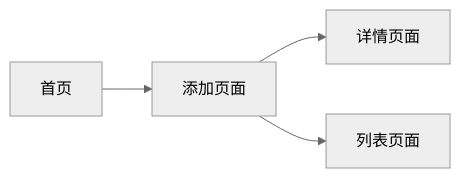
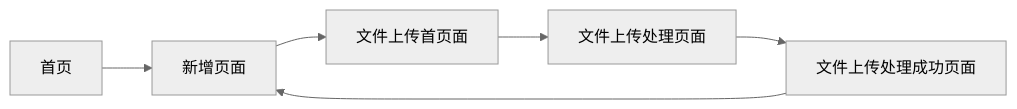
Before and after one commit to plseal/zhangzu: the diagram in doc/he/readme.md, drawn with Mermaid (neutral theme).

````diff
--- a/doc/he/readme.md
+++ b/doc/he/readme.md
@@ -1,6 +1,8 @@
 ```mermaid
 graph LR
-A[首页] --> B[添加页面]
-B --> C[详情页面]
-B --> D[列表页面]
+A[首页] --> B[新增页面]
+B --> C[文件上传首页面]
+C --> E[文件上传处理页面]
+E --> F[文件上传处理成功页面]
+F --> B
 ```
````
